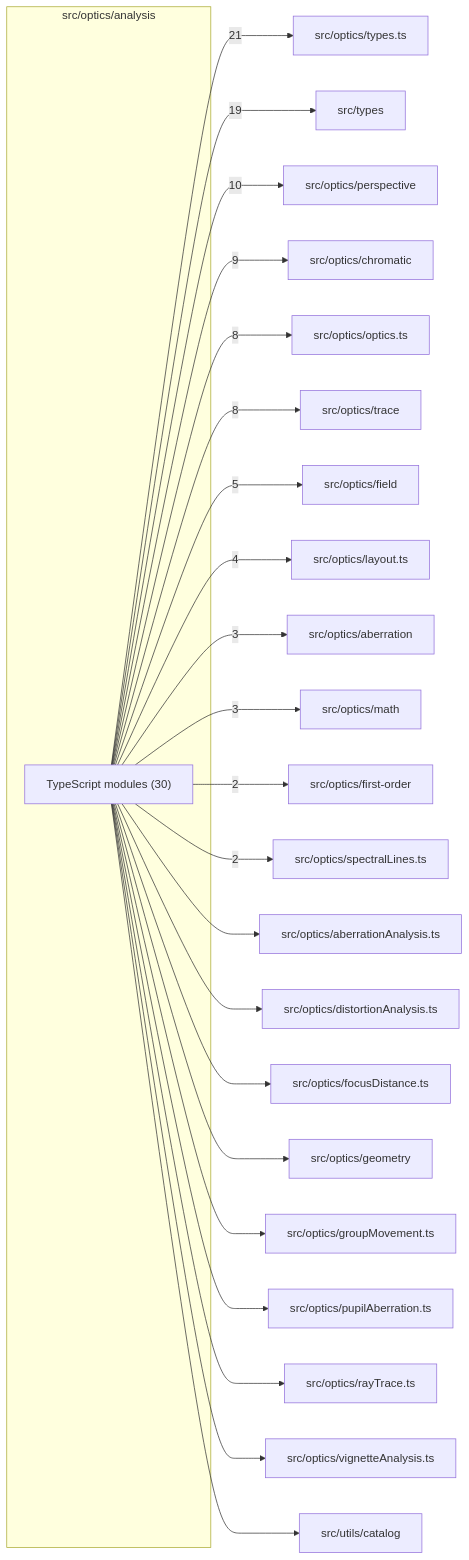
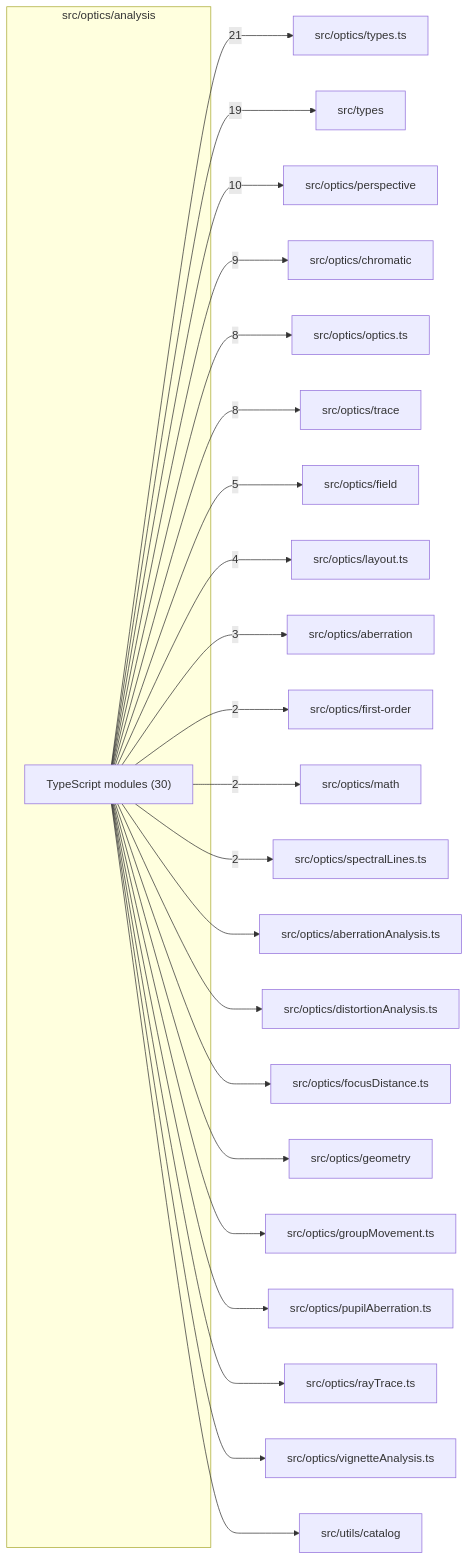
Before and after one commit to ronbuening/LensVisualizer: the diagram in src/optics/analysis/readme.md, drawn with Mermaid. The commit also changed other lines of this file and 34 other files, not shown here.

````diff
--- a/src/optics/analysis/readme.md
+++ b/src/optics/analysis/readme.md
@@ -9,48 +9,48 @@
 ```mermaid
 flowchart LR
   subgraph n_src_optics_analysis["src/optics/analysis"]
     n_src_optics_analysis_TypeScript_modules["TypeScript modules (30)"]
   end
   n_external_src_optics_types_ts["src/optics/types.ts"]
   n_external_src_types["src/types"]
   n_external_src_optics_perspective["src/optics/perspective"]
   n_external_src_optics_chromatic["src/optics/chromatic"]
   n_external_src_optics_optics_ts["src/optics/optics.ts"]
   n_external_src_optics_trace["src/optics/trace"]
   n_external_src_optics_field["src/optics/field"]
   n_external_src_optics_layout_ts["src/optics/layout.ts"]
   n_external_src_optics_aberration["src/optics/aberration"]
+  n_external_src_optics_first_order["src/optics/first-order"]
   n_external_src_optics_math["src/optics/math"]
-  n_external_src_optics_first_order["src/optics/first-order"]
   n_external_src_optics_spectralLines_ts["src/optics/spectralLines.ts"]
   n_external_src_optics_aberrationAnalysis_ts["src/optics/aberrationAnalysis.ts"]
   n_external_src_optics_distortionAnalysis_ts["src/optics/distortionAnalysis.ts"]
   n_external_src_optics_focusDistance_ts["src/optics/focusDistance.ts"]
   n_external_src_optics_geometry["src/optics/geometry"]
   n_external_src_optics_groupMovement_ts["src/optics/groupMovement.ts"]
   n_external_src_optics_pupilAberration_ts["src/optics/pupilAberration.ts"]
   n_external_src_optics_rayTrace_ts["src/optics/rayTrace.ts"]
   n_external_src_optics_vignetteAnalysis_ts["src/optics/vignetteAnalysis.ts"]
   n_external_src_utils_catalog["src/utils/catalog"]
   n_src_optics_analysis_TypeScript_modules --> |21| n_external_src_optics_types_ts
   n_src_optics_analysis_TypeScript_modules --> |19| n_external_src_types
   n_src_optics_analysis_TypeScript_modules --> |10| n_external_src_optics_perspective
   n_src_optics_analysis_TypeScript_modules --> |9| n_external_src_optics_chromatic
   n_src_optics_analysis_TypeScript_modules --> |8| n_external_src_optics_optics_ts
   n_src_optics_analysis_TypeScript_modules --> |8| n_external_src_optics_trace
   n_src_optics_analysis_TypeScript_modules --> |5| n_external_src_optics_field
   n_src_optics_analysis_TypeScript_modules --> |4| n_external_src_optics_layout_ts
   n_src_optics_analysis_TypeScript_modules --> |3| n_external_src_optics_aberration
-  n_src_optics_analysis_TypeScript_modules --> |3| n_external_src_optics_math
   n_src_optics_analysis_TypeScript_modules --> |2| n_external_src_optics_first_order
+  n_src_optics_analysis_TypeScript_modules --> |2| n_external_src_optics_math
   n_src_optics_analysis_TypeScript_modules --> |2| n_external_src_optics_spectralLines_ts
   n_src_optics_analysis_TypeScript_modules --> n_external_src_optics_aberrationAnalysis_ts
   n_src_optics_analysis_TypeScript_modules --> n_external_src_optics_distortionAnalysis_ts
   n_src_optics_analysis_TypeScript_modules --> n_external_src_optics_focusDistance_ts
   n_src_optics_analysis_TypeScript_modules --> n_external_src_optics_geometry
   n_src_optics_analysis_TypeScript_modules --> n_external_src_optics_groupMovement_ts
   n_src_optics_analysis_TypeScript_modules --> n_external_src_optics_pupilAberration_ts
   n_src_optics_analysis_TypeScript_modules --> n_external_src_optics_rayTrace_ts
   n_src_optics_analysis_TypeScript_modules --> n_external_src_optics_vignetteAnalysis_ts
   n_src_optics_analysis_TypeScript_modules --> n_external_src_utils_catalog
 ```
````
